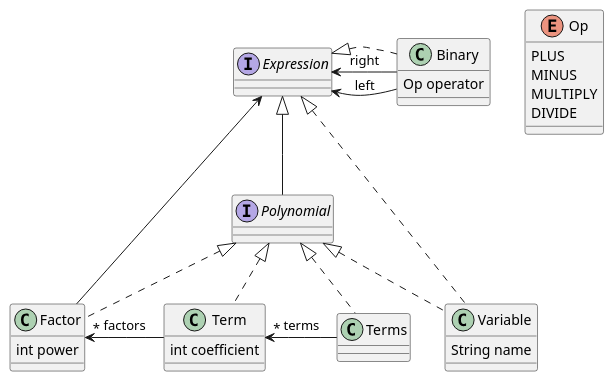
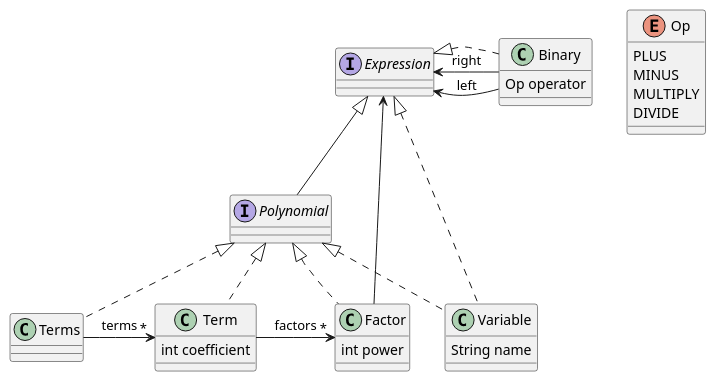
One commit to saka1029/form changed the diagram in doc/classes2.plantuml. Above: the diagram before and after it, drawn with PlantUML. The commit also changed 1 other file, not shown here.

```diff
--- a/doc/classes2.plantuml
+++ b/doc/classes2.plantuml
@@ -1,35 +1,35 @@
 @startuml
 interface Expression
 interface Polynomial
 Polynomial -up-|> Expression
 class Terms
 Terms .up.|> Polynomial
 class Term {
     int coefficient
 }
 Term .up.|> Polynomial
-Terms -left-> "*" Term : terms
+Terms -right-> "*" Term : terms
 class Factor {
     int power
 }
 Factor .up.|> Polynomial
 Factor -up-> Expression
-Term -left-> "*" Factor : factors
+Term -right-> "*" Factor : factors
 class Variable {
     String name
 }
 Variable .up.|> Expression
 Variable .up.|> Polynomial
 enum Op {
     PLUS
     MINUS
     MULTIPLY
     DIVIDE
 }
 class Binary {
     Op operator
 }
 Binary .up.|> Expression
 Binary -left-> Expression : left
 Binary -left-> Expression : right
 @enduml
```
